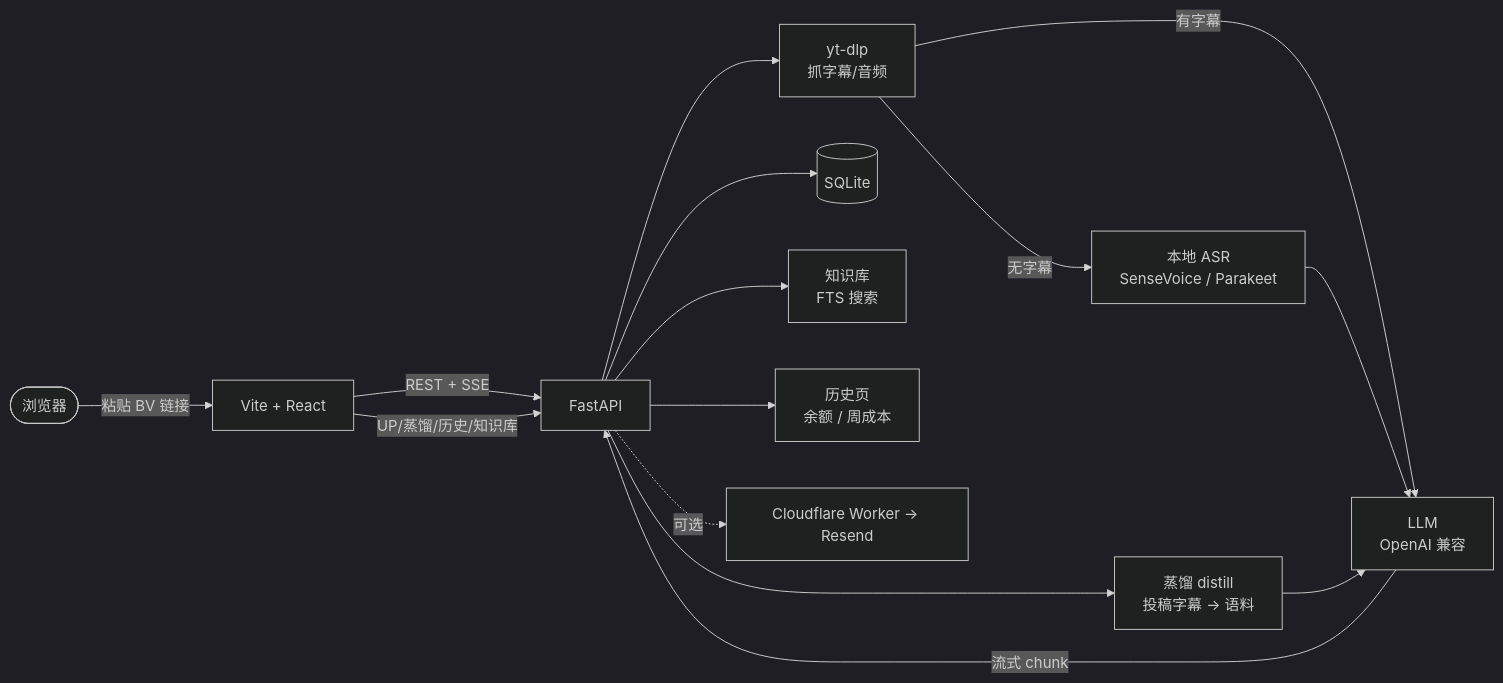
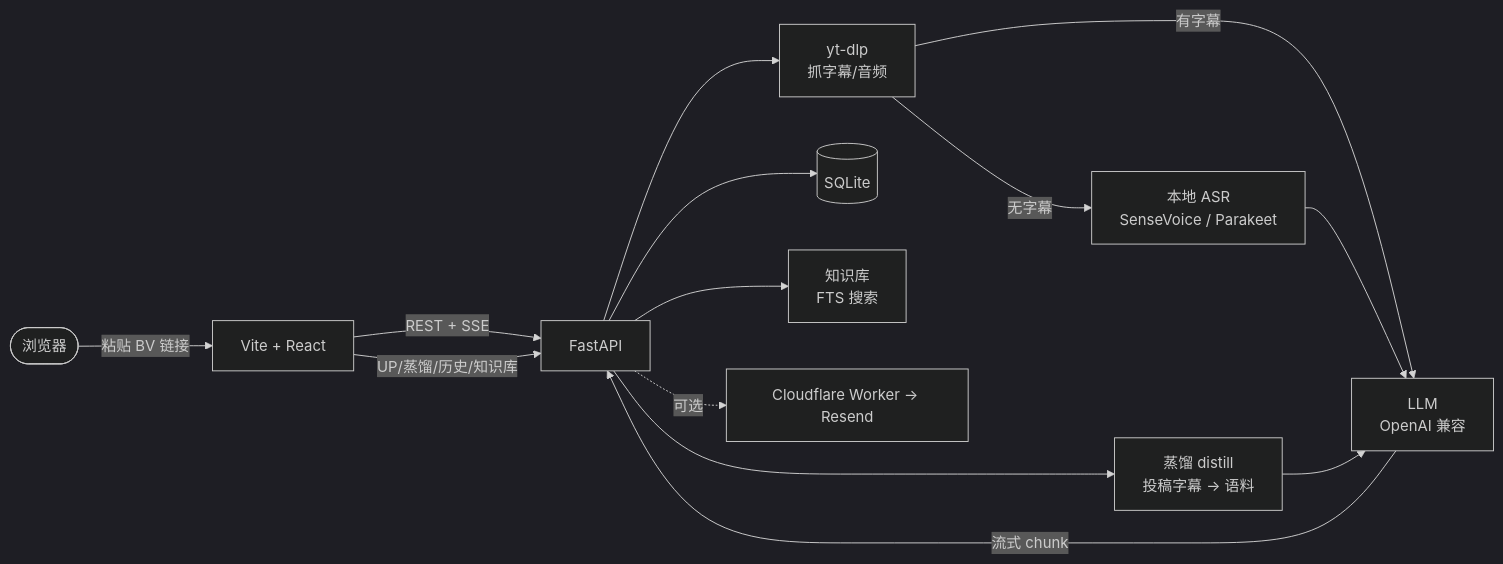
Before and after one commit to BazingaOrg/biri-youyaku: the diagram in README.md, drawn with Mermaid (dark theme). The commit also changed other lines of this file and 11 other files, not shown here.

````diff
--- a/README.md
+++ b/README.md
@@ -126,17 +125,16 @@
 ```mermaid
 flowchart LR
     user([浏览器]) -->|粘贴 BV 链接| web[Vite + React]
     web -->|REST + SSE| api[FastAPI]
     web -->|UP/蒸馏/历史/知识库| api
     api --> ytdlp[yt-dlp<br/>抓字幕/音频]
     ytdlp -->|有字幕| llm
     ytdlp -->|无字幕| asr[本地 ASR<br/>SenseVoice / Parakeet]
     asr --> llm[LLM<br/>OpenAI 兼容]
     api --> distill[蒸馏 distill<br/>投稿字幕 → 语料]
     distill --> llm
     llm -->|流式 chunk| api
     api --> db[(SQLite)]
     api --> knowledge[知识库<br/>FTS 搜索]
-    api --> stats[历史页<br/>余额 / 周成本]
     api -. 可选 .-> mail[Cloudflare Worker → Resend]
 ```
````
